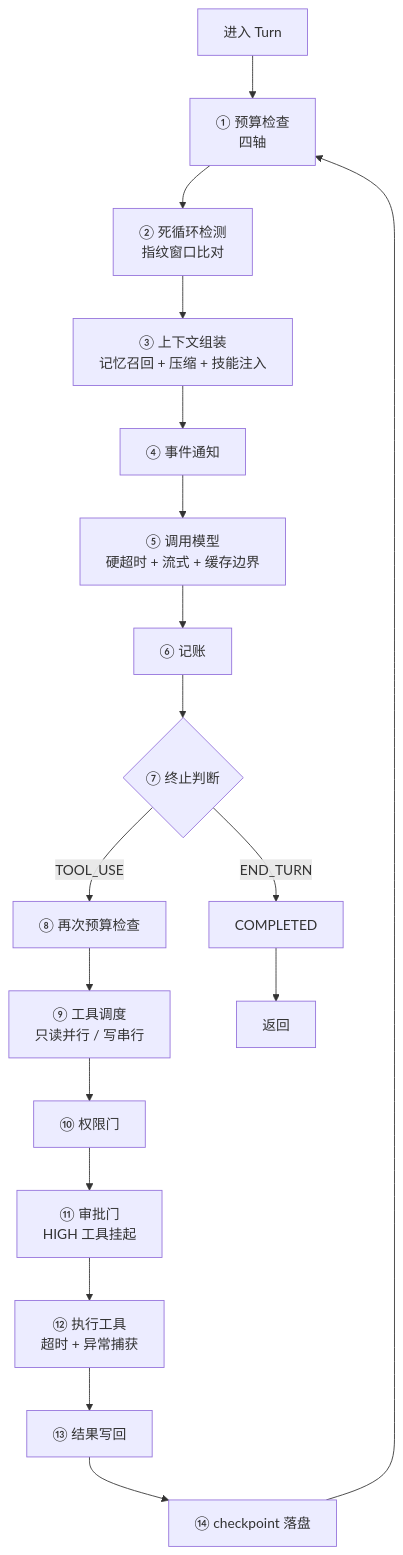
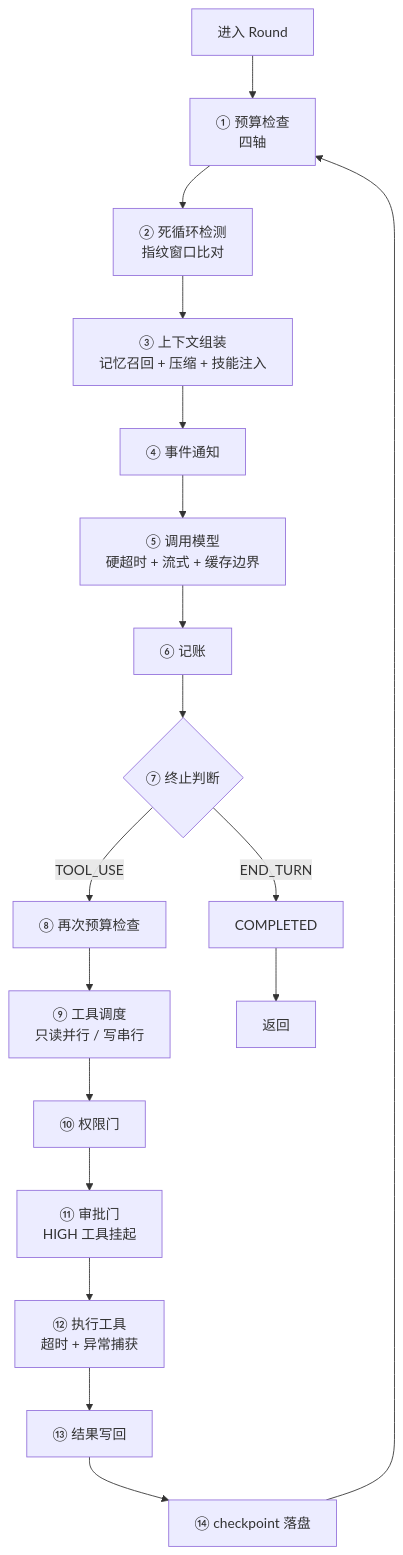
The second of 3 diagrams in docs/book/ch03.md (limenagent/prodagent), drawn with Mermaid before and after one commit. The commit also changed other lines of this file and 44 other files, not shown here.

````diff
--- a/docs/book/ch03.md
+++ b/docs/book/ch03.md
@@ -153,20 +153,20 @@
 ```mermaid
 graph TD
-    START["进入 Turn"] --> CHECK1["① 预算检查<br/>四轴"]
+    START["进入 Round"] --> CHECK1["① 预算检查<br/>四轴"]
     CHECK1 --> GUARD["② 死循环检测<br/>指纹窗口比对"]
     GUARD --> ASSEMBLE["③ 上下文组装<br/>记忆召回 + 压缩 + 技能注入"]
     ASSEMBLE --> FIRE1["④ 事件通知"]
     FIRE1 --> CALL["⑤ 调用模型<br/>硬超时 + 流式 + 缓存边界"]
     CALL --> ACCOUNT["⑥ 记账"]
     ACCOUNT --> STOP{"⑦ 终止判断"}
     STOP -->|END_TURN| COMPLETE["COMPLETED"]
     STOP -->|TOOL_USE| CHECK2["⑧ 再次预算检查"]
     CHECK2 --> DISPATCH["⑨ 工具调度<br/>只读并行 / 写串行"]
     DISPATCH --> GATE["⑩ 权限门"]
     GATE --> APPROVE["⑪ 审批门<br/>HIGH 工具挂起"]
     APPROVE --> EXEC["⑫ 执行工具<br/>超时 + 异常捕获"]
     EXEC --> RESULT["⑬ 结果写回"]
     RESULT --> CHECKPOINT["⑭ checkpoint 落盘"]
     CHECKPOINT --> CHECK1
     COMPLETE --> END["返回"]
 ```
````
